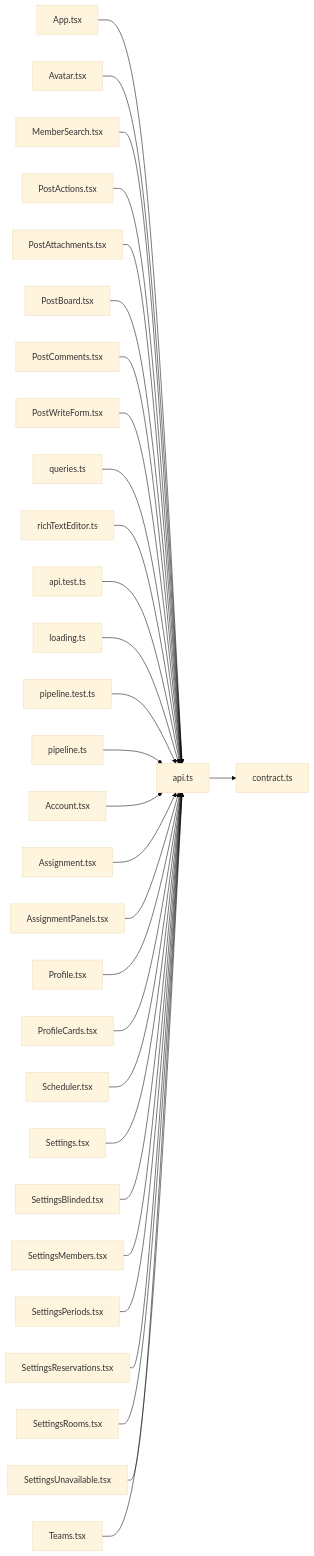
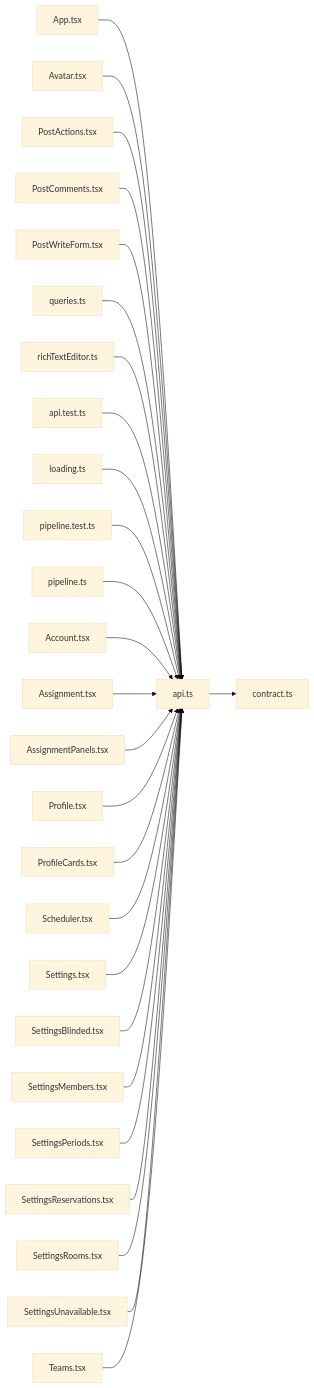
Before and after one commit to minkong-dev/Banblit: the diagram in .cluedoc/graph/frontend/src/lib/api.md, drawn with Mermaid (base theme). The commit also changed other lines of this file and 17 other files, not shown here.

First line of the commit message:
frontend: route board server calls through pipeline and test the upload-then-publish order

````diff
--- a/.cluedoc/graph/frontend/src/lib/api.md
+++ b/.cluedoc/graph/frontend/src/lib/api.md
@@ -10,33 +10,30 @@
 ```mermaid
 flowchart LR
   frontend_src_lib_api["api.ts"]
   frontend_src_lib_api --> frontend_src_lib_contract["contract.ts"]
   frontend_src_App["App.tsx"] --> frontend_src_lib_api
   frontend_src_components_Avatar["Avatar.tsx"] --> frontend_src_lib_api
-  frontend_src_components_MemberSearch["MemberSearch.tsx"] --> frontend_src_lib_api
   frontend_src_components_PostActions["PostActions.tsx"] --> frontend_src_lib_api
-  frontend_src_components_PostAttachments["PostAttachments.tsx"] --> frontend_src_lib_api
-  frontend_src_components_PostBoard["PostBoard.tsx"] --> frontend_src_lib_api
   frontend_src_components_PostComments["PostComments.tsx"] --> frontend_src_lib_api
   frontend_src_components_PostWriteForm["PostWriteForm.tsx"] --> frontend_src_lib_api
   frontend_src_components_queries["queries.ts"] --> frontend_src_lib_api
   frontend_src_components_richTextEditor["richTextEditor.ts"] --> frontend_src_lib_api
   frontend_src_lib_api_test["api.test.ts"] --> frontend_src_lib_api
   frontend_src_lib_loading["loading.ts"] --> frontend_src_lib_api
   frontend_src_lib_pipeline_test["pipeline.test.ts"] --> frontend_src_lib_api
   frontend_src_lib_pipeline["pipeline.ts"] --> frontend_src_lib_api
   frontend_src_routes_Account["Account.tsx"] --> frontend_src_lib_api
   frontend_src_routes_Assignment["Assignment.tsx"] --> frontend_src_lib_api
   frontend_src_routes_AssignmentPanels["AssignmentPanels.tsx"] --> frontend_src_lib_api
   frontend_src_routes_Profile["Profile.tsx"] --> frontend_src_lib_api
   frontend_src_routes_ProfileCards["ProfileCards.tsx"] --> frontend_src_lib_api
   frontend_src_routes_Scheduler["Scheduler.tsx"] --> frontend_src_lib_api
   frontend_src_routes_Settings["Settings.tsx"] --> frontend_src_lib_api
   frontend_src_routes_SettingsBlinded["SettingsBlinded.tsx"] --> frontend_src_lib_api
   frontend_src_routes_SettingsMembers["SettingsMembers.tsx"] --> frontend_src_lib_api
   frontend_src_routes_SettingsPeriods["SettingsPeriods.tsx"] --> frontend_src_lib_api
   frontend_src_routes_SettingsReservations["SettingsReservations.tsx"] --> frontend_src_lib_api
   frontend_src_routes_SettingsRooms["SettingsRooms.tsx"] --> frontend_src_lib_api
   frontend_src_routes_SettingsUnavailable["SettingsUnavailable.tsx"] --> frontend_src_lib_api
   frontend_src_routes_Teams["Teams.tsx"] --> frontend_src_lib_api
 ```
````
